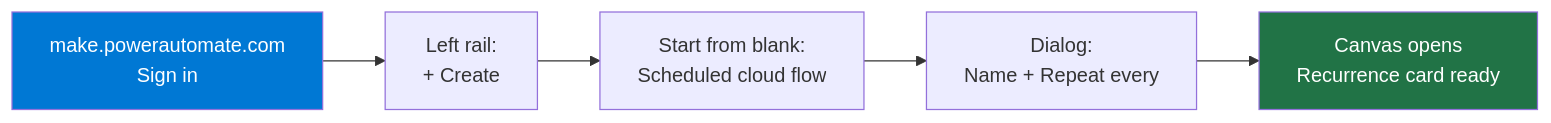
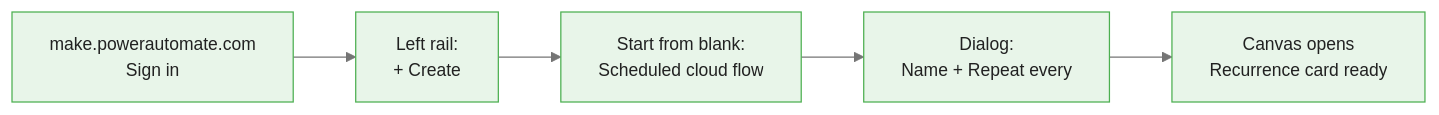
Before and after one commit to m-deane/course-creator: the fourth of 6 diagrams in courses/power-automate/modules/module_01_first_cloud_flow/guides/01_creating_first_flow_slides.md, drawn with Mermaid. The commit also changed other lines of this file and 72 other files, not shown here.

````diff
--- a/courses/power-automate/modules/module_01_first_cloud_flow/guides/01_creating_first_flow_slides.md
+++ b/courses/power-automate/modules/module_01_first_cloud_flow/guides/01_creating_first_flow_slides.md
@@ -177,9 +205,8 @@
 ```mermaid
+%%{init: {"theme": "base", "themeVariables": {"primaryColor": "#e8f5e9", "primaryBorderColor": "#4caf50", "primaryTextColor": "#212121", "secondaryColor": "#e3f2fd", "tertiaryColor": "#fff8e1", "lineColor": "#757575", "fontFamily": "Inter, sans-serif", "fontSize": "14px"}}}%%
 graph LR
     A["make.powerautomate.com\nSign in"] --> B["Left rail:\n+ Create"]
     B --> C["Start from blank:\nScheduled cloud flow"]
     C --> D["Dialog:\nName + Repeat every"]
     D --> E["Canvas opens\nRecurrence card ready"]
-    style A fill:#0078D4,color:#fff
-    style E fill:#217346,color:#fff
 ```
````
